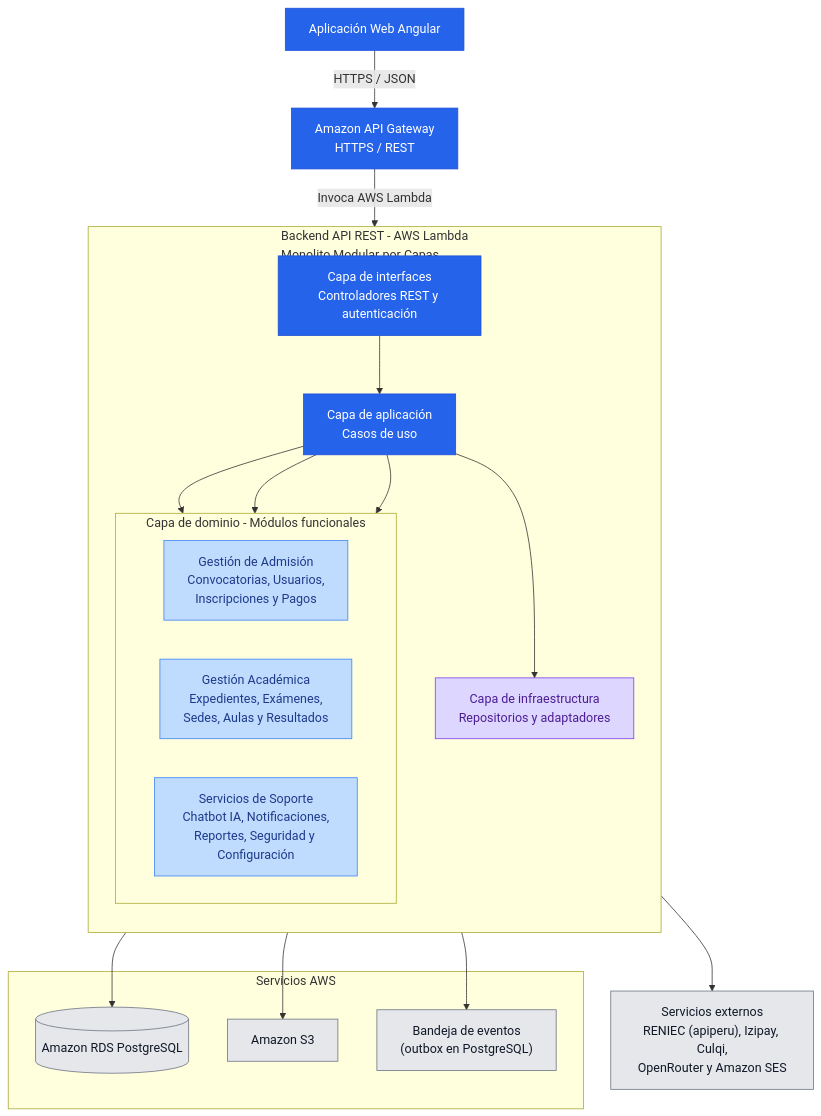
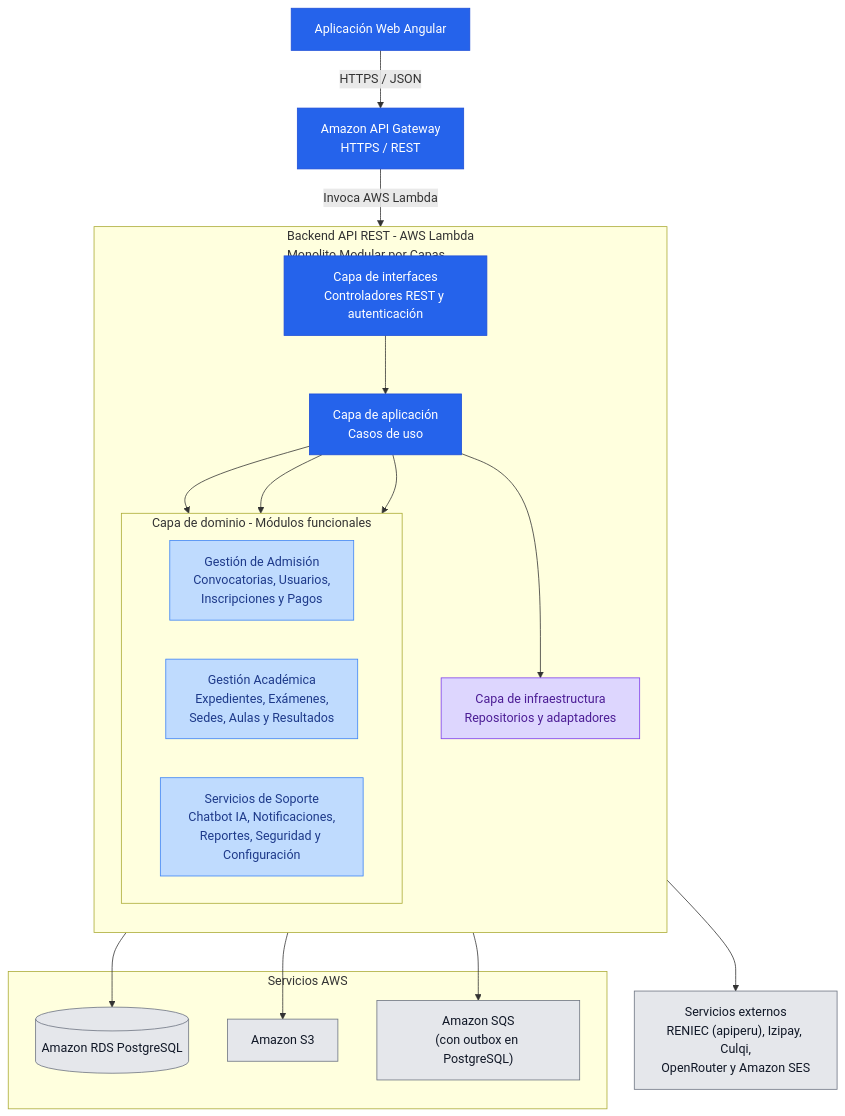
One commit to DiegoCoras06/sia-unsch-admision changed the diagram in docs/04-modelo-c4/Nivel3-Diagrama-de-Componentes.md. Above: the diagram before and after it, drawn with Mermaid. The commit also changed other lines of this file and 16 other files, not shown here.

First line of the commit message:
Documentación: 12 módulos y mensajería con Amazon SQS

````diff
--- a/docs/04-modelo-c4/Nivel3-Diagrama-de-Componentes.md
+++ b/docs/04-modelo-c4/Nivel3-Diagrama-de-Componentes.md
@@ -33,54 +33,54 @@
 ```mermaid
 flowchart TB
     WEB["Aplicación Web Angular"]
     API["Amazon API Gateway<br/>HTTPS / REST"]
 
     subgraph BACKEND["Backend API REST - AWS Lambda<br/>Monolito Modular por Capas"]
         direction TB
 
         CTRL["Capa de interfaces<br/>Controladores REST y autenticación"]
 
         APP["Capa de aplicación<br/>Casos de uso"]
 
         subgraph MODULOS["Capa de dominio - Módulos funcionales"]
             direction LR
             M1["Gestión de Admisión<br/>Convocatorias, Usuarios,<br/>Inscripciones y Pagos"]
             M2["Gestión Académica<br/>Expedientes, Exámenes,<br/>Sedes, Aulas y Resultados"]
             M3["Servicios de Soporte<br/>Chatbot IA, Notificaciones,<br/>Reportes, Seguridad y Configuración"]
         end
 
         INFRA["Capa de infraestructura<br/>Repositorios y adaptadores"]
 
         CTRL --> APP
         APP --> M1
         APP --> M2
         APP --> M3
         APP --> INFRA
     end
 
     subgraph AWS["Servicios AWS"]
         DB[("Amazon RDS PostgreSQL")]
         S3["Amazon S3"]
-        OUTBOX["Bandeja de eventos<br/>(outbox en PostgreSQL)"]
+        OUTBOX["Amazon SQS<br/>(con outbox en PostgreSQL)"]
     end
 
     EXT["Servicios externos<br/>RENIEC (apiperu), Izipay, Culqi,<br/>OpenRouter y Amazon SES"]
 
     WEB -->|"HTTPS / JSON"| API
     API -->|"Invoca AWS Lambda"| CTRL
 
     INFRA --> DB
     INFRA --> S3
     INFRA --> OUTBOX
     INFRA --> EXT
 
     classDef principal fill:#2563eb,color:#ffffff,stroke:#1d4ed8
     classDef modulo fill:#bfdbfe,color:#1e3a8a,stroke:#3b82f6
     classDef infraestructura fill:#ddd6fe,color:#4c1d95,stroke:#7c3aed
     classDef externo fill:#e5e7eb,color:#111827,stroke:#6b7280
 
     class WEB,API,CTRL,APP principal
     class M1,M2,M3 modulo
     class INFRA infraestructura
     class DB,S3,OUTBOX,EXT externo
 ```
````
